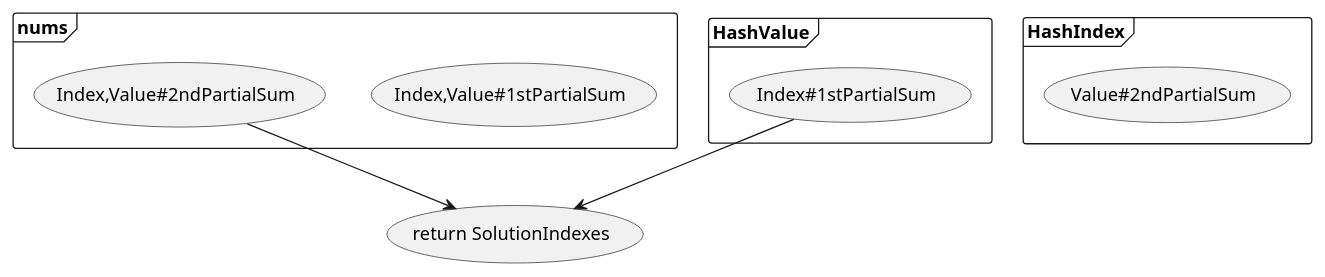
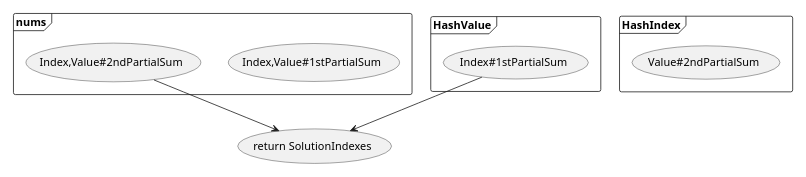
One commit to lambdaJasonYang/lambdaJasonYang.github.io changed the second of 2 diagrams in posts/2015-07-19-CSESProblemSet.markdown. Above: the diagram before and after it, drawn with PlantUML. The commit also changed other lines of this file and 46 other files, not shown here.

````diff
--- a/posts/2015-07-19-CSESProblemSet.markdown
+++ b/posts/2015-07-19-CSESProblemSet.markdown
@@ -112,26 +160,26 @@
 ```plantuml
 @startuml
-
+scale 0.6
 frame nums {
     usecase "Index,Value#1stPartialSum" as X
     usecase "Index,Value#2ndPartialSum" as UC1
 }
 
 frame HashValue {
   
   usecase "Index#1stPartialSum" as AC2
 }
 frame HashIndex {
   usecase "Value#2ndPartialSum" as UC2
 
 }
 
 usecase "return SolutionIndexes" as SS
 UC1 --> SS
 AC2 --> SS
 @enduml
 
 UC2 --> AC2 :  "3) Solution \n Line 22"
 UC1 --> UC2 : "1) hashmap hit\n Line 20 True"
 
 ```
````
